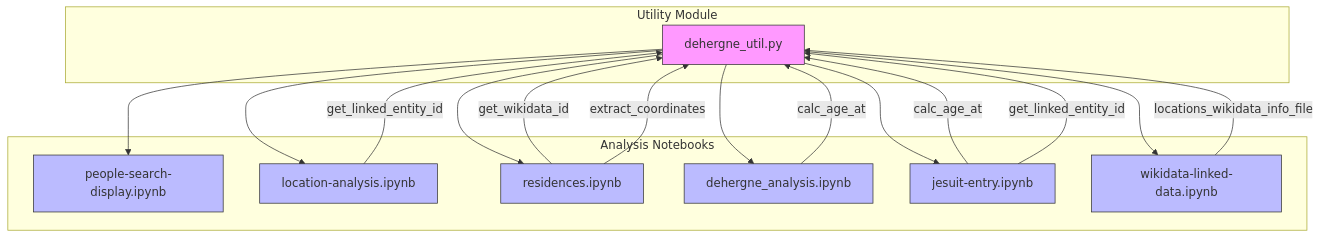
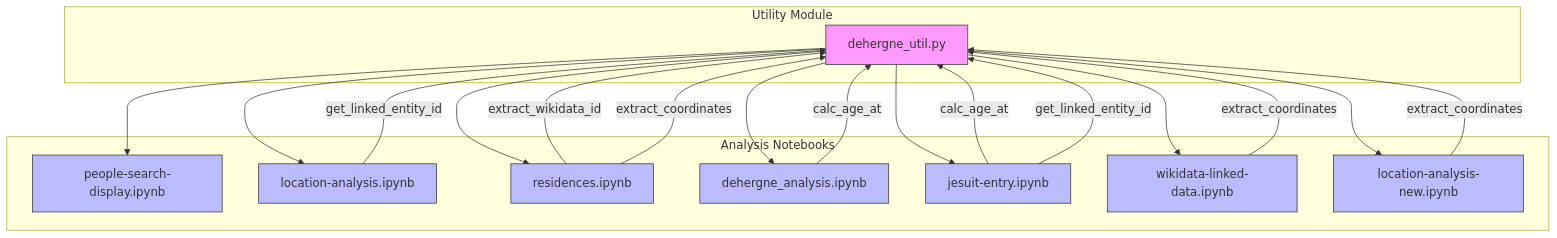
Before and after one commit to joaquimrcarvalho/dehergne-locations: the fourth of 4 diagrams in .qoder/repowiki/en/content/Utility Functions.md, drawn with Mermaid. The commit also changed other lines of this file and 8 other files, not shown here.

````diff
--- a/.qoder/repowiki/en/content/Utility Functions.md
+++ b/.qoder/repowiki/en/content/Utility Functions.md
@@ -134,34 +172,38 @@
 ```mermaid
 flowchart TD
 subgraph "Utility Module"
 A[dehergne_util.py]
 end
 subgraph "Analysis Notebooks"
 B[people-search-display.ipynb]
 C[location-analysis.ipynb]
 D[residences.ipynb]
 E[dehergne_analysis.ipynb]
 F[jesuit-entry.ipynb]
 G[wikidata-linked-data.ipynb]
+H[location-analysis-new.ipynb]
 end
 A --> B
 A --> C
 A --> D
 A --> E
 A --> F
 A --> G
+A --> H
 C --> |get_linked_entity_id| A
-D --> |get_wikidata_id| A
+D --> |extract_wikidata_id| A
 D --> |extract_coordinates| A
 E --> |calc_age_at| A
 F --> |calc_age_at| A
 F --> |get_linked_entity_id| A
-G --> |locations_wikidata_info_file| A
+G --> |extract_coordinates| A
+H --> |extract_coordinates| A
 style A fill:#f9f,stroke:#333
 style B fill:#bbf,stroke:#333
 style C fill:#bbf,stroke:#333
 style D fill:#bbf,stroke:#333
 style E fill:#bbf,stroke:#333
 style F fill:#bbf,stroke:#333
 style G fill:#bbf,stroke:#333
+style H fill:#bbf,stroke:#333
 ```
````
